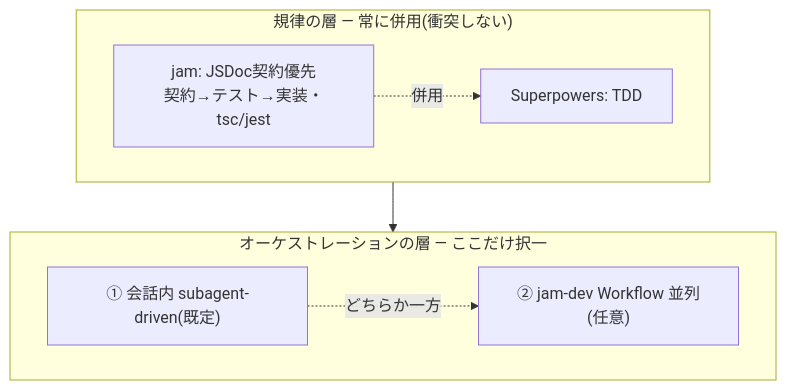
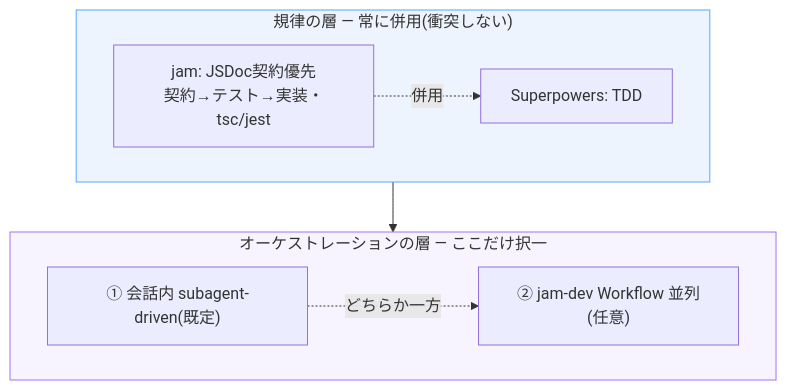
The fifth of 7 diagrams in README.md (eneisyou/jam-dev), drawn with Mermaid before and after one commit. The commit also changed other lines of this file, not shown here.

First line of the commit message:
docs: style mermaid subgraphs for dark-mode rendering on GitHub

````diff
--- a/README.md
+++ b/README.md
@@ -459,14 +471,17 @@
 ```mermaid
 flowchart TB
     subgraph L1["規律の層 — 常に併用(衝突しない)"]
       A["jam: JSDoc契約優先<br/>契約→テスト→実装・tsc/jest"]
       B2["Superpowers: TDD"]
       A -.->|併用| B2
     end
     subgraph L2["オーケストレーションの層 — ここだけ択一"]
       C["① 会話内 subagent-driven(既定)"]
       D2["② jam-dev Workflow 並列(任意)"]
       C -.->|どちらか一方| D2
     end
     L1 --> L2
+
+    style L1 fill:#1f6feb14,stroke:#58a6ff,stroke-width:1px;
+    style L2 fill:#a371f714,stroke:#a371f7,stroke-width:1px;
 ```
````
